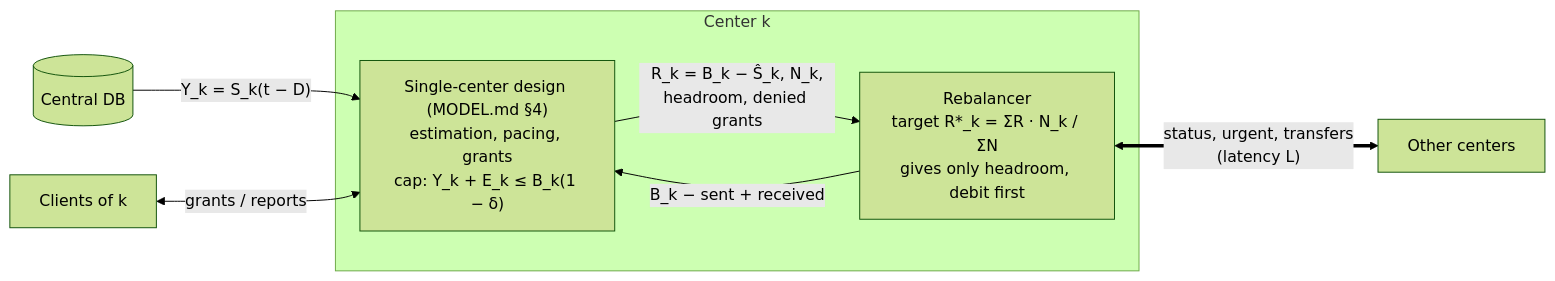
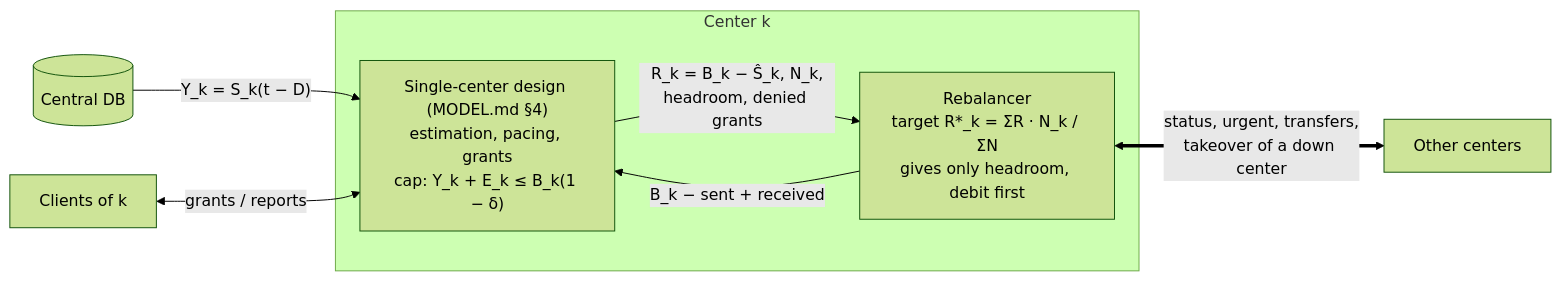
One commit to ayarodionov/budget_pacing changed the second of 2 diagrams in MULTI.md. Above: the diagram before and after it, drawn with Mermaid (forest theme). The commit also changed other lines of this file and 10 other files, not shown here.

First line of the commit message:
Multi-center: zero latency, center outages, takeover of a down center's budget

````diff
--- a/MULTI.md
+++ b/MULTI.md
@@ -63,12 +64,12 @@
 ```mermaid
 flowchart LR
   subgraph K["Center k"]
     SCD["Single-center design (MODEL.md §4)<br/>estimation, pacing, grants<br/>cap: Y_k + E_k ≤ B_k(1 − δ)"]
     RB["Rebalancer<br/>target R*_k = ΣR · N_k / ΣN<br/>gives only headroom, debit first"]
     SCD -- "R_k = B_k − Ŝ_k, N_k,<br/>headroom, denied grants" --> RB
     RB -- "B_k − sent + received" --> SCD
   end
   DB[("Central DB")] -- "Y_k = S_k(t − D)" --> SCD
   CL["Clients of k"] <-- "grants / reports" --> SCD
-  RB <== "status, urgent, transfers<br/>(latency L)" ==> P["Other centers"]
+  RB <== "status, urgent, transfers,<br/>takeover of a down center" ==> P["Other centers"]
 ```
````
